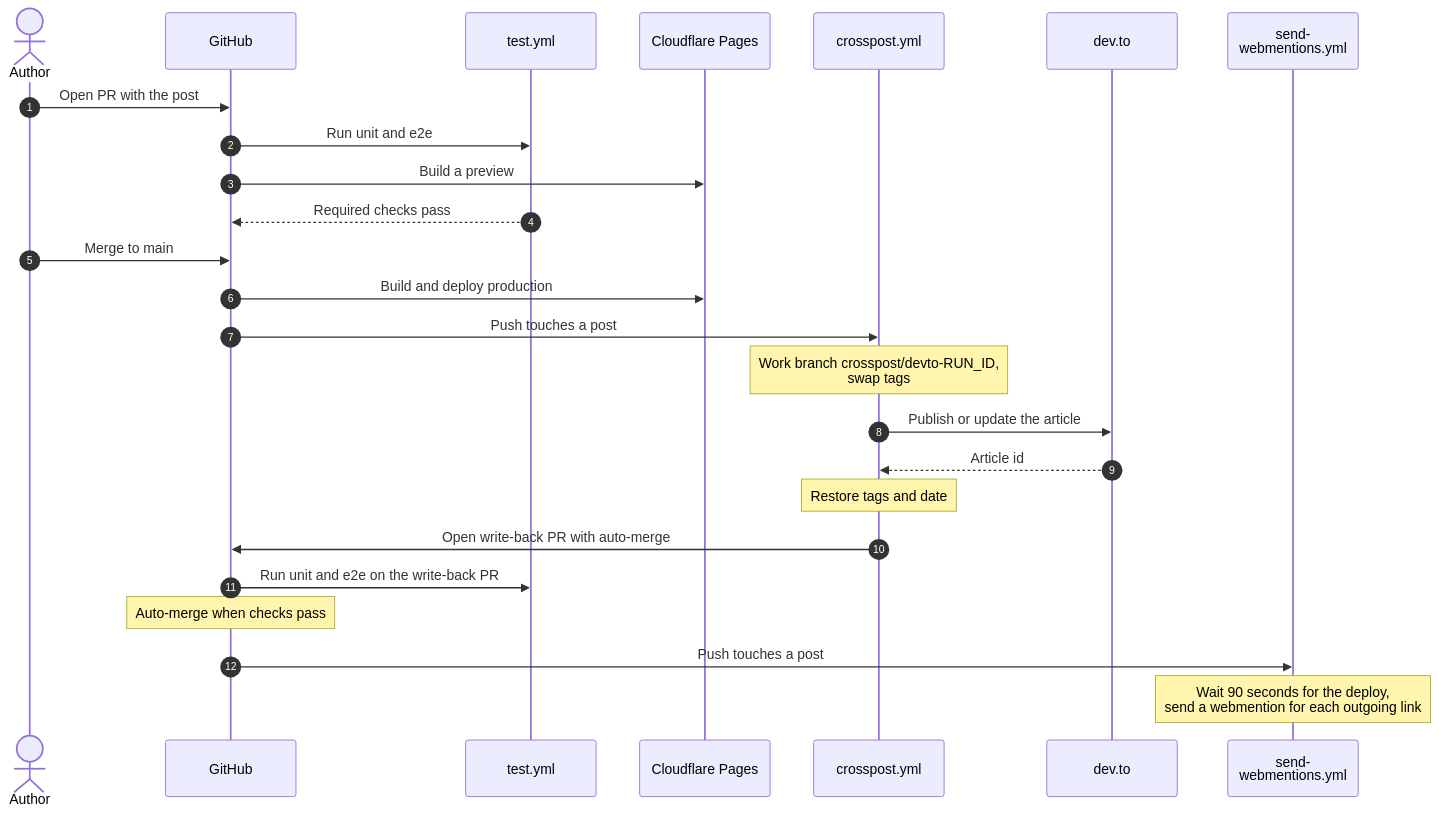
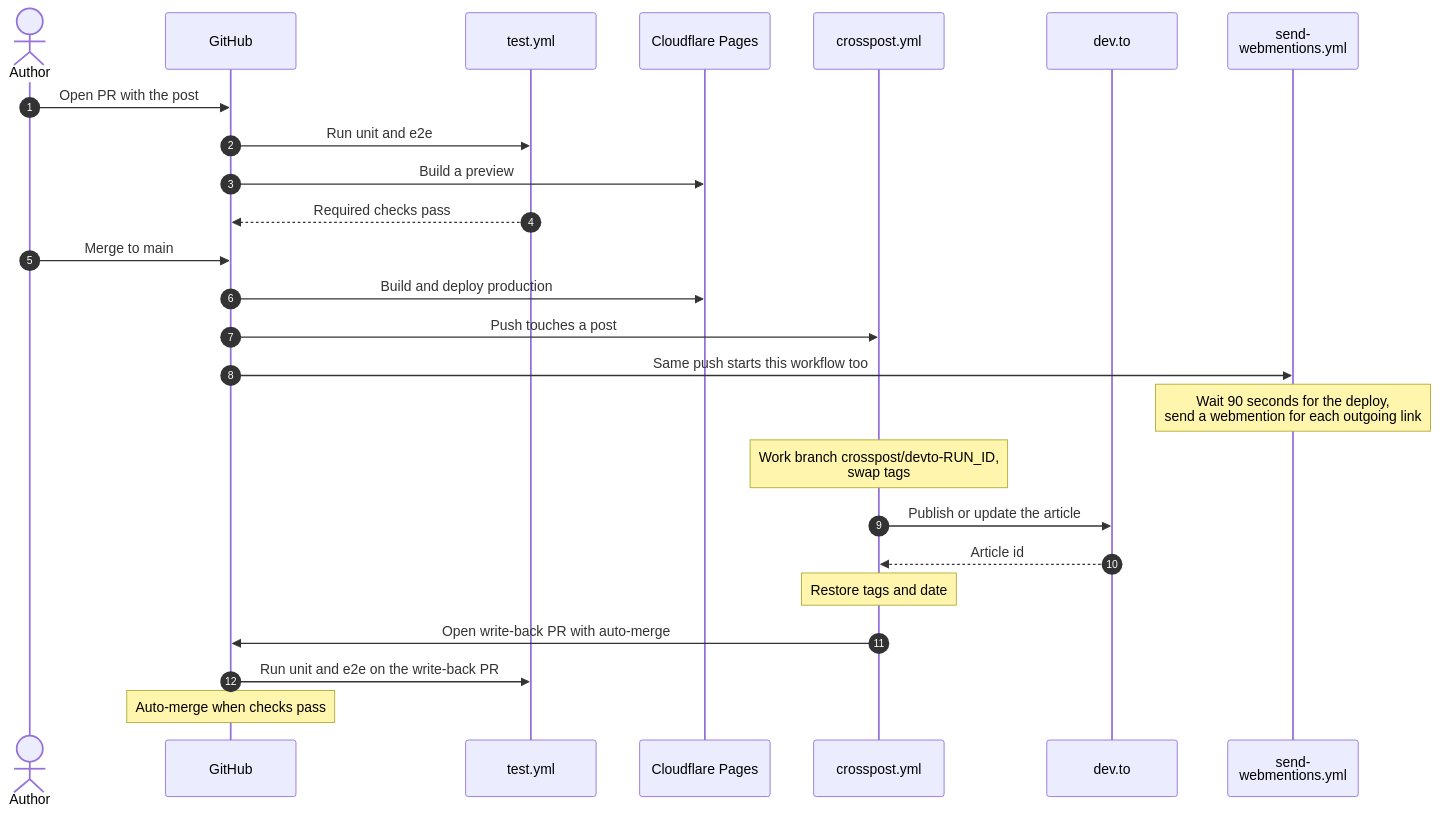
One commit to MohammedEl-sayedAhmed/writeups changed the second of 4 diagrams in docs/architecture.md. Above: the diagram before and after it, drawn with Mermaid. The commit also changed other lines of this file and 7 other files, not shown here.

First line of the commit message:
docs(#81): fix three diagram details and harden the drift test

````diff
--- a/docs/architecture.md
+++ b/docs/architecture.md
@@ -55,28 +55,28 @@
 ```mermaid
 sequenceDiagram
     autonumber
     actor Author
     participant GH as GitHub
     participant CI as test.yml
     participant CF as Cloudflare Pages
     participant XP as crosspost.yml
     participant DT as dev.to
     participant WM as send-<br/>webmentions.yml
 
     Author->>GH: Open PR with the post
     GH->>CI: Run unit and e2e
     GH->>CF: Build a preview
     CI-->>GH: Required checks pass
     Author->>GH: Merge to main
     GH->>CF: Build and deploy production
     GH->>XP: Push touches a post
+    GH->>WM: Same push starts this workflow too
+    Note over WM: Wait 90 seconds for the deploy,<br/>send a webmention for each outgoing link
     Note over XP: Work branch crosspost/devto-RUN_ID,<br/>swap tags
     XP->>DT: Publish or update the article
     DT-->>XP: Article id
     Note over XP: Restore tags and date
     XP->>GH: Open write-back PR with auto-merge
     GH->>CI: Run unit and e2e on the write-back PR
     Note over GH: Auto-merge when checks pass
-    GH->>WM: Push touches a post
-    Note over WM: Wait 90 seconds for the deploy,<br/>send a webmention for each outgoing link
 ```
````
